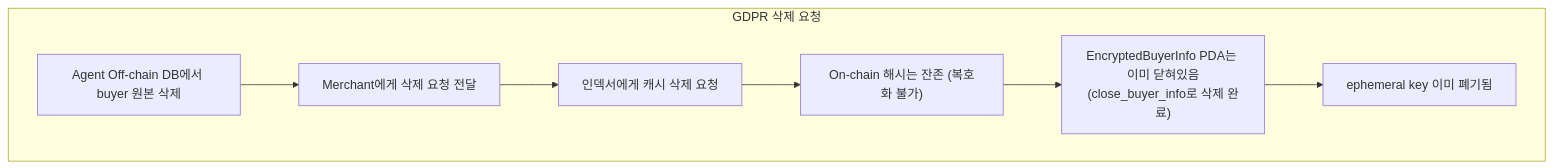
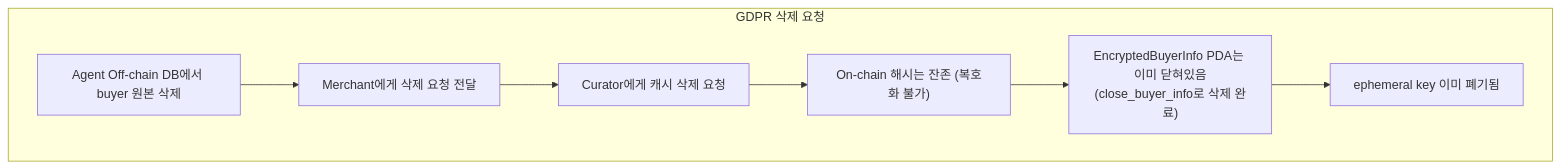
One commit to hayden-02055/interlude changed the fifth of 5 diagrams in docs/02-data-mapping.md. Above: the diagram before and after it, drawn with Mermaid. The commit also changed other lines of this file and 9 other files, not shown here.

````diff
--- a/docs/02-data-mapping.md
+++ b/docs/02-data-mapping.md
@@ -204,12 +205,12 @@
 ```mermaid
 flowchart TB
   subgraph R["GDPR 삭제 요청"]
     R1["Agent Off-chain DB에서 buyer 원본 삭제"]
     R2["Merchant에게 삭제 요청 전달"]
-    R3["인덱서에게 캐시 삭제 요청"]
+    R3["Curator에게 캐시 삭제 요청"]
     R4["On-chain 해시는 잔존 (복호화 불가)"]
     R5["EncryptedBuyerInfo PDA는 이미 닫혀있음<br/>(close_buyer_info로 삭제 완료)"]
     R6["ephemeral key 이미 폐기됨"]
     R1 --> R2 --> R3 --> R4 --> R5 --> R6
   end
 ```
````
